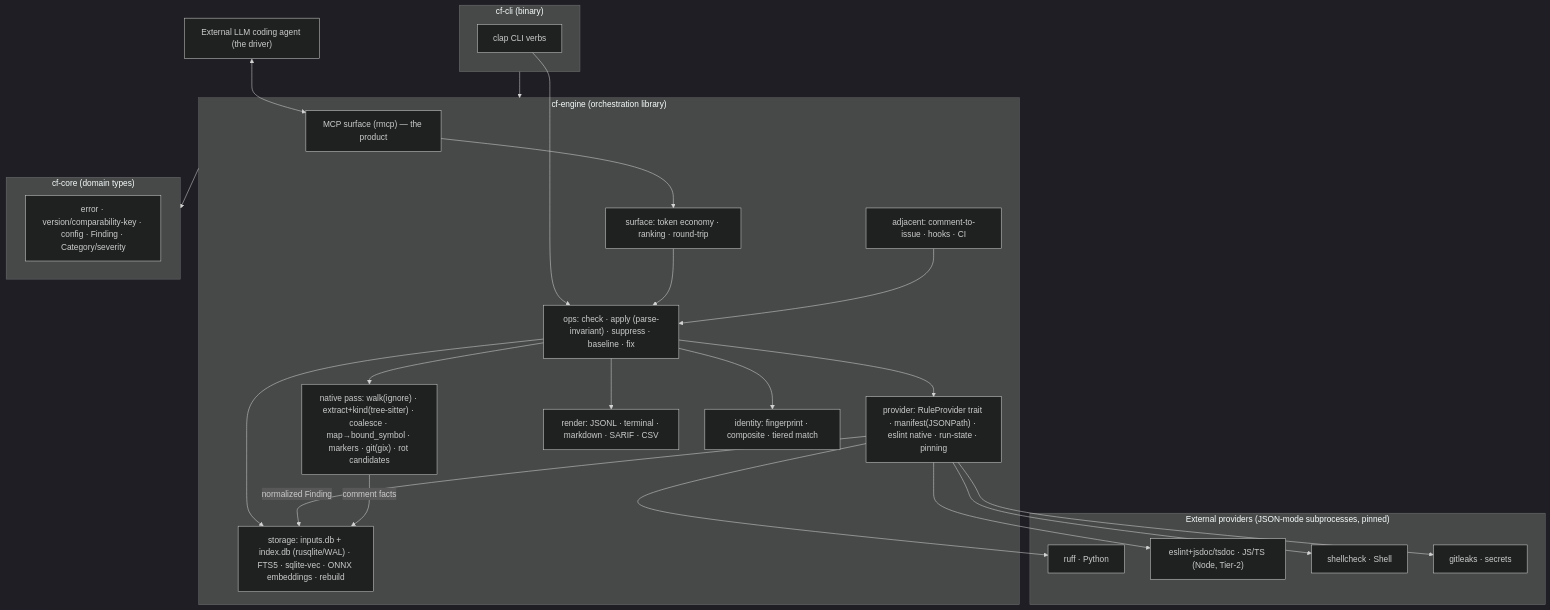
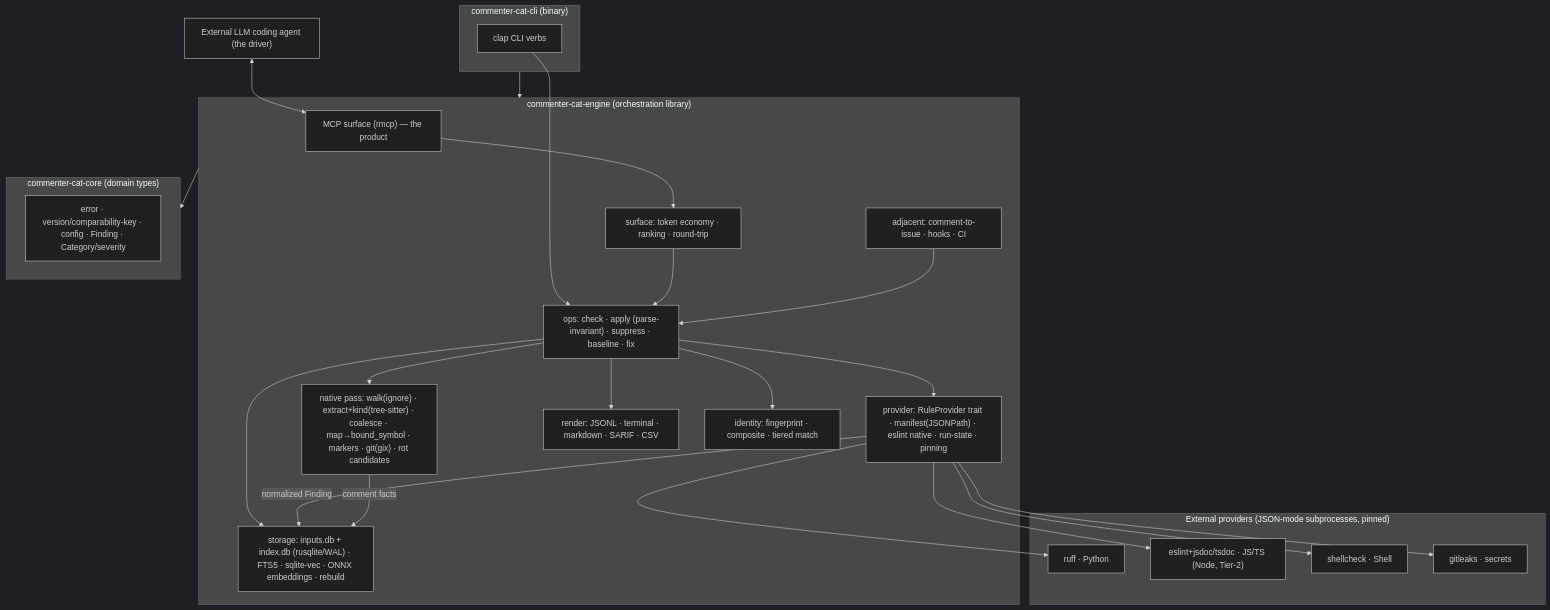
The diagram in Docs/2026-06-15-build-commenter-cat-engine/4-Context.md (msaidbilgehan/Commenter-Cat), drawn with Mermaid (dark theme) before and after one commit. The commit also changed other lines of this file and 268 other files, not shown here.

First line of the commit message:
refactor(naming)!: retire cf, standardize on commenter-cat

````diff
--- a/Docs/2026-06-15-build-commenter-cat-engine/4-Context.md
+++ b/Docs/2026-06-15-build-commenter-cat-engine/4-Context.md
@@ -51,45 +51,45 @@
 ```mermaid
 graph TB
-  subgraph cli["cf-cli (binary)"]
+  subgraph cli["commenter-cat-cli (binary)"]
     CLI["clap CLI verbs"]
   end
-  subgraph engine["cf-engine (orchestration library)"]
+  subgraph engine["commenter-cat-engine (orchestration library)"]
     MCP["MCP surface (rmcp) — the product"]
     SURF["surface: token economy · ranking · round-trip"]
     OPS["ops: check · apply (parse-invariant) · suppress · baseline · fix"]
     PROV["provider: RuleProvider trait · manifest(JSONPath) · eslint native · run-state · pinning"]
     NATIVE["native pass: walk(ignore) · extract+kind(tree-sitter) · coalesce · map→bound_symbol · markers · git(gix) · rot candidates"]
     STORE["storage: inputs.db + index.db (rusqlite/WAL) · FTS5 · sqlite-vec · ONNX embeddings · rebuild"]
     RENDER["render: JSONL · terminal · markdown · SARIF · CSV"]
     IDENT["identity: fingerprint · composite · tiered match"]
     ADJ["adjacent: comment-to-issue · hooks · CI"]
   end
-  subgraph core["cf-core (domain types)"]
+  subgraph core["commenter-cat-core (domain types)"]
     TYPES["error · version/comparability-key · config · Finding · Category/severity"]
   end
   subgraph providers["External providers (JSON-mode subprocesses, pinned)"]
     RUFF["ruff · Python"]
     ESLINT["eslint+jsdoc/tsdoc · JS/TS (Node, Tier-2)"]
     SHELL["shellcheck · Shell"]
     LEAKS["gitleaks · secrets"]
   end
   AGENT["External LLM coding agent (the driver)"]
 
   AGENT <--> MCP
   CLI --> OPS
   MCP --> SURF --> OPS
   OPS --> PROV
   OPS --> NATIVE
   OPS --> IDENT
   OPS --> STORE
   OPS --> RENDER
   PROV -->|normalized Finding| STORE
   NATIVE -->|comment facts| STORE
   PROV --> RUFF
   PROV --> ESLINT
   PROV --> SHELL
   PROV --> LEAKS
   ADJ --> OPS
   engine --> core
   cli --> engine
 ```
````
